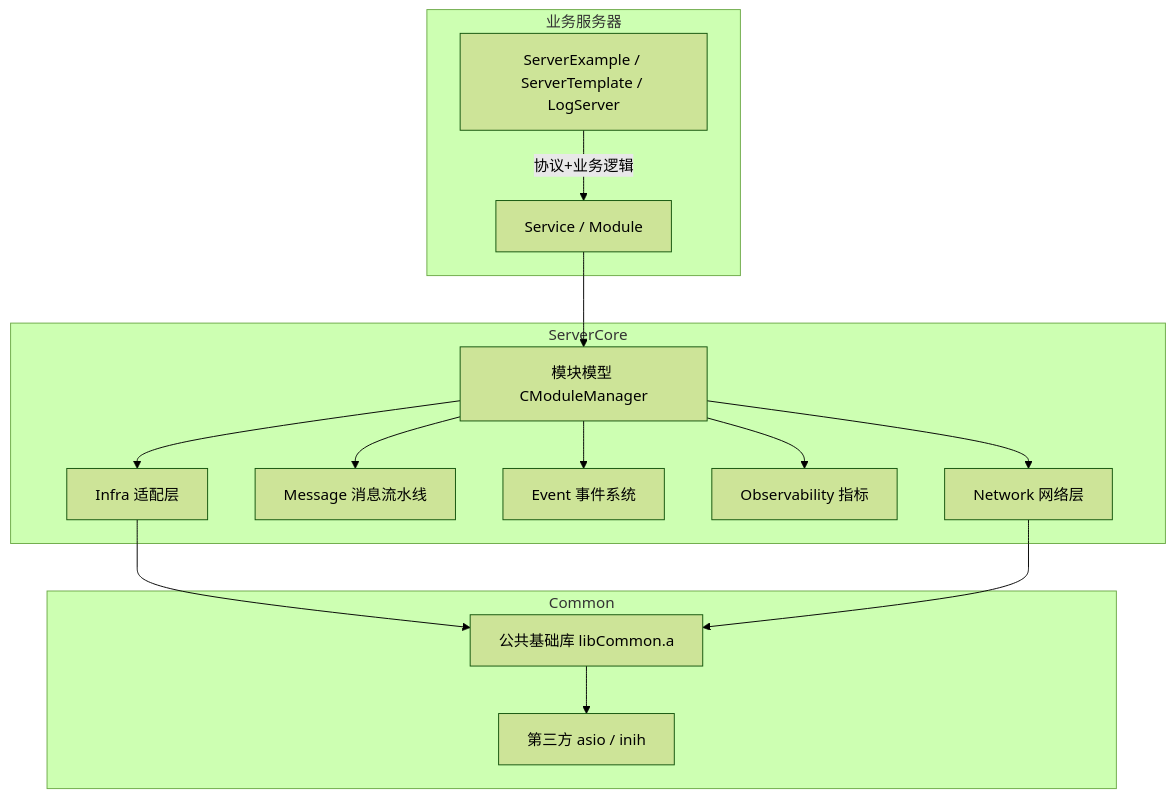
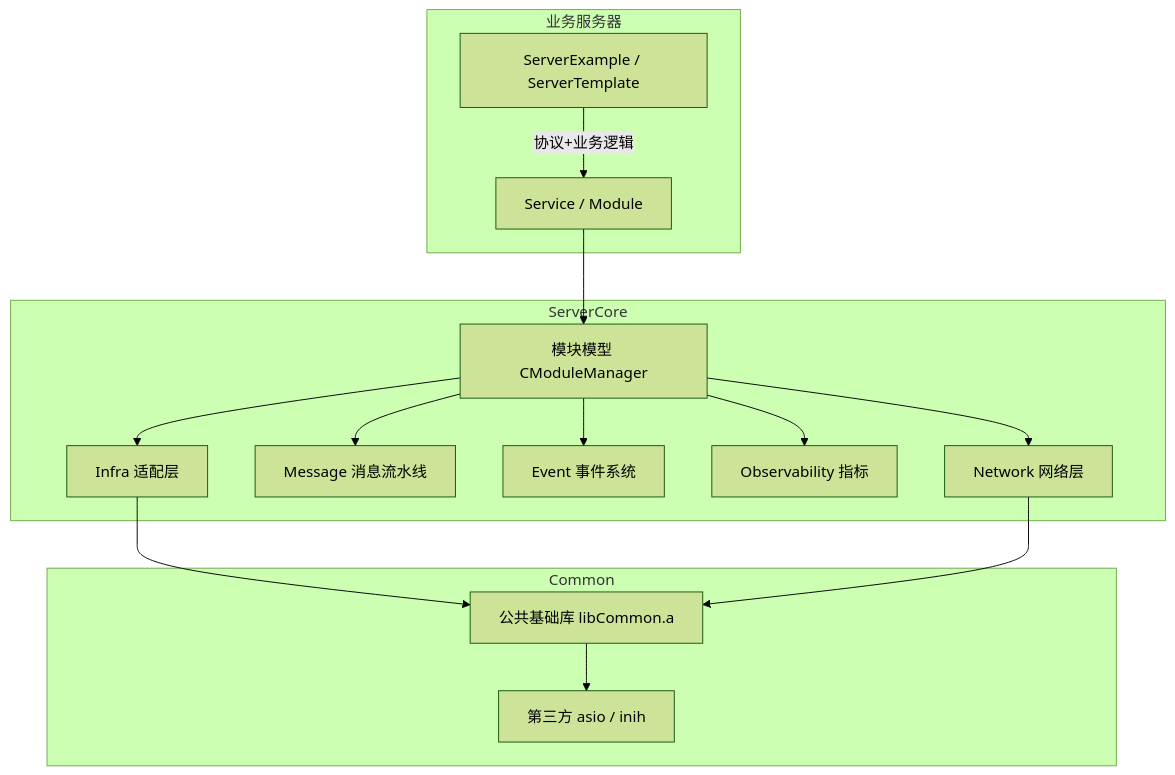
Before and after one commit to MYMarcoreus/COM-Framework: the first of 2 diagrams in docs/architecture.md, drawn with Mermaid (forest theme). The commit also changed 128 other files, not shown here.

````diff
--- a/docs/architecture.md
+++ b/docs/architecture.md
@@ -5,20 +5,20 @@
 ```mermaid
 graph TD
     subgraph 业务服务器
-        B[ServerExample / ServerTemplate / LogServer]
+        B[ServerExample / ServerTemplate]
         B -->|协议+业务逻辑| S[Service / Module]
     end
     subgraph ServerCore
         S --> M[模块模型 CModuleManager]
         M --> N[Network 网络层]
         M --> P[Message 消息流水线]
         M --> E[Event 事件系统]
         M --> O[Observability 指标]
         M --> I[Infra 适配层]
     end
     subgraph Common
         I --> C[公共基础库 libCommon.a]
         N --> C
         C --> T[第三方 asio / inih]
     end
 ```
````
